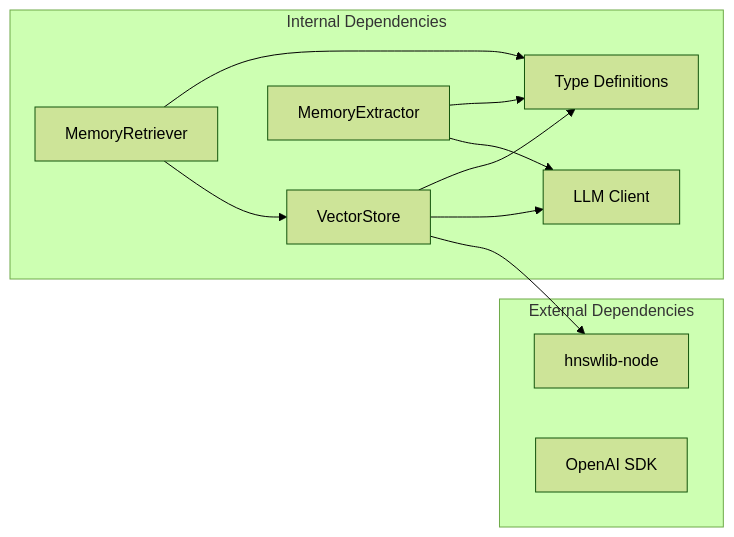
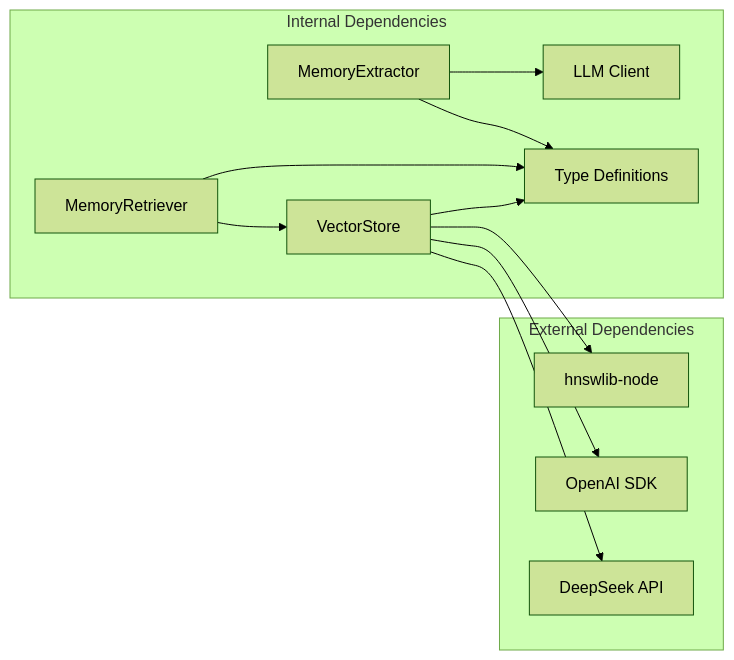
Before and after one commit to liwonder/NARRITIVE_OS: the sixth of 7 diagrams in .qoder/repowiki/en/content/Memory Management System/Vector Store Class.md, drawn with Mermaid (forest theme). The commit also changed other lines of this file and 12 other files, not shown here.

````diff
--- a/.qoder/repowiki/en/content/Memory Management System/Vector Store Class.md
+++ b/.qoder/repowiki/en/content/Memory Management System/Vector Store Class.md
@@ -268,21 +300,23 @@
 ```mermaid
 graph LR
 subgraph "External Dependencies"
 HNSW[hnswlib-node]
 OpenAI[OpenAI SDK]
+DeepSeek[DeepSeek API]
 end
 subgraph "Internal Dependencies"
 VS[VectorStore]
 MR[MemoryRetriever]
 LLM[LLM Client]
 ME[MemoryExtractor]
 Types[Type Definitions]
 end
 VS --> HNSW
-VS --> LLM
+VS --> OpenAI
+VS --> DeepSeek
 MR --> VS
 ME --> LLM
 VS --> Types
 MR --> Types
 ME --> Types
 ```
````
